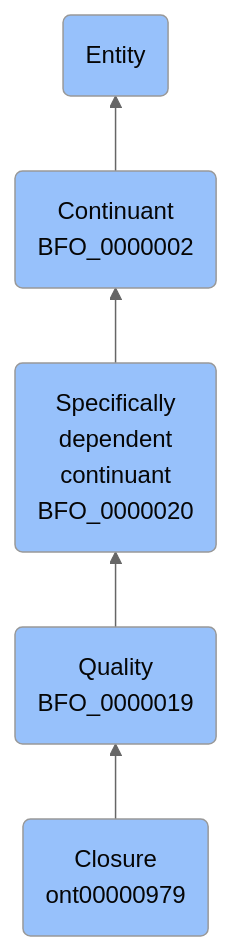
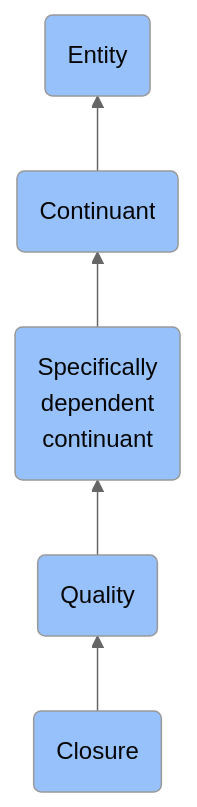
Before and after one commit to jupyter-naas/abi: the diagram in docs/ontology/reference/model/Entity/Continuant/Specifically dependent continuant/Quality/Closure/Closure.md, drawn with Mermaid (neutral theme). The commit also changed other lines of this file and 1430 other files, not shown here.

````diff
--- a/docs/ontology/reference/model/Entity/Continuant/Specifically dependent continuant/Quality/Closure/Closure.md
+++ b/docs/ontology/reference/model/Entity/Continuant/Specifically dependent continuant/Quality/Closure/Closure.md
@@ -24,12 +24,12 @@
 ```mermaid
 graph BT
-    ont00000979(Closure<br>ont00000979):::BFO-->BFO_0000019
-    BFO_0000019(Quality<br>BFO_0000019):::BFO-->BFO_0000020
-    BFO_0000020(Specifically<br>dependent<br>continuant<br>BFO_0000020):::BFO-->BFO_0000002
-    BFO_0000002(Continuant<br>BFO_0000002):::BFO-->BFO_0000001
+    ont00000979(Closure):::BFO-->BFO_0000019
+    BFO_0000019(Quality):::BFO-->BFO_0000020
+    BFO_0000020(Specifically<br>dependent<br>continuant):::BFO-->BFO_0000002
+    BFO_0000002(Continuant):::BFO-->BFO_0000001
     BFO_0000001(Entity):::BFO
     
     classDef BFO fill:#97c1fb,color:#060606
     classDef CCO fill:#e4c51e,color:#060606
     classDef ABI fill:#48DD82,color:#060606
 ```
````
